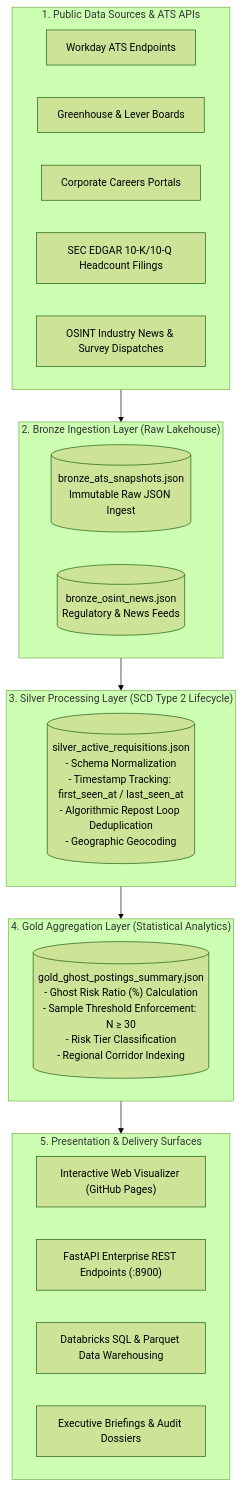
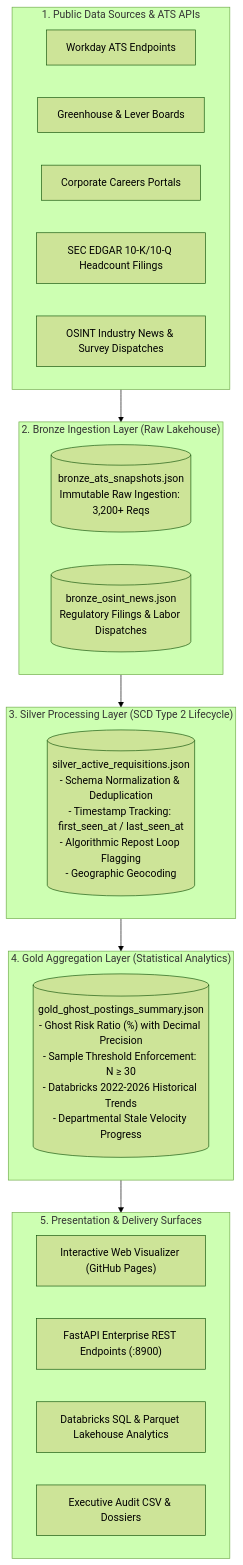
One commit to FreeFades2Black/ghost-job-intel-geospatial-pipeline changed the diagram in README.md. Above: the diagram before and after it, drawn with Mermaid (forest theme). The commit also changed other lines of this file and 12 other files, not shown here.

Commit message:
feat: precision statistical pool expansion (3,200 reqs), 2022-2026 Databricks multi-year trend analytics, and enhanced UI

````diff
--- a/README.md
+++ b/README.md
@@ -25,35 +25,35 @@
 ```mermaid
 flowchart TD
     subgraph S1["1. Public Data Sources & ATS APIs"]
         A1["Workday ATS Endpoints"]
         A2["Greenhouse & Lever Boards"]
         A3["Corporate Careers Portals"]
         A4["SEC EDGAR 10-K/10-Q Headcount Filings"]
         A5["OSINT Industry News & Survey Dispatches"]
     end
 
     subgraph S2["2. Bronze Ingestion Layer (Raw Lakehouse)"]
-        B1[("bronze_ats_snapshots.json<br/>Immutable Raw JSON Ingest")]
-        B2[("bronze_osint_news.json<br/>Regulatory & News Feeds")]
+        B1[("bronze_ats_snapshots.json<br/>Immutable Raw Ingestion: 3,200+ Reqs")]
+        B2[("bronze_osint_news.json<br/>Regulatory Filings & Labor Dispatches")]
     end
 
     subgraph S3["3. Silver Processing Layer (SCD Type 2 Lifecycle)"]
-        C1[("silver_active_requisitions.json<br/>- Schema Normalization<br/>- Timestamp Tracking: first_seen_at / last_seen_at<br/>- Algorithmic Repost Loop Deduplication<br/>- Geographic Geocoding")]
+        C1[("silver_active_requisitions.json<br/>- Schema Normalization & Deduplication<br/>- Timestamp Tracking: first_seen_at / last_seen_at<br/>- Algorithmic Repost Loop Flagging<br/>- Geographic Geocoding")]
     end
 
     subgraph S4["4. Gold Aggregation Layer (Statistical Analytics)"]
-        D1[("gold_ghost_postings_summary.json<br/>- Ghost Risk Ratio (%) Calculation<br/>- Sample Threshold Enforcement: N ≥ 30<br/>- Risk Tier Classification<br/>- Regional Corridor Indexing")]
+        D1[("gold_ghost_postings_summary.json<br/>- Ghost Risk Ratio (%) with Decimal Precision<br/>- Sample Threshold Enforcement: N ≥ 30<br/>- Databricks 2022-2026 Historical Trends<br/>- Departmental Stale Velocity Progress")]
     end
 
     subgraph S5["5. Presentation & Delivery Surfaces"]
         E1["Interactive Web Visualizer (GitHub Pages)"]
         E2["FastAPI Enterprise REST Endpoints (:8900)"]
-        E3["Databricks SQL & Parquet Data Warehousing"]
-        E4["Executive Briefings & Audit Dossiers"]
+        E3["Databricks SQL & Parquet Lakehouse Analytics"]
+        E4["Executive Audit CSV & Dossiers"]
     end
 
     S1 --> S2
     S2 --> S3
     S3 --> S4
     S4 --> S5
 ```
````
